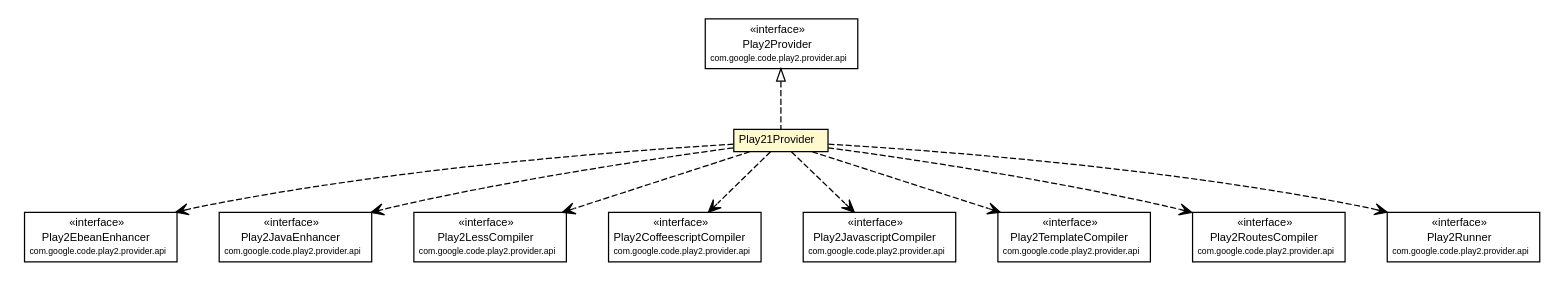
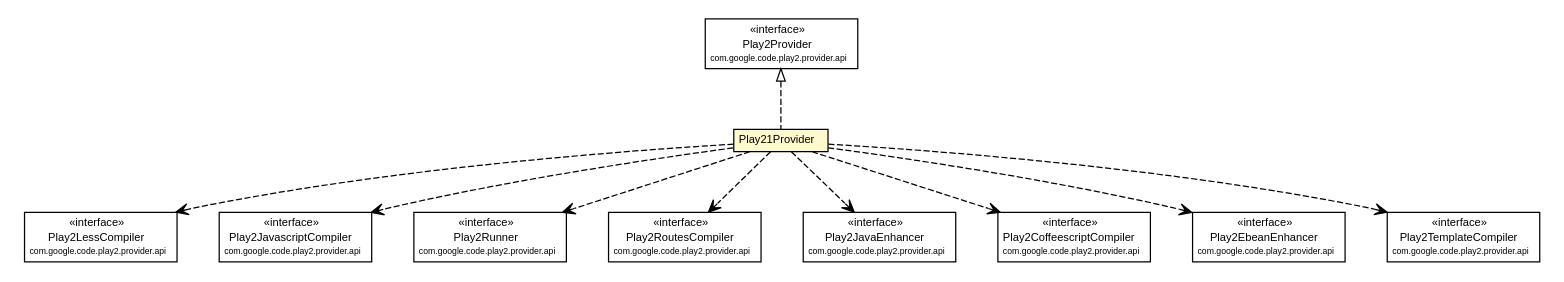
Before and after one commit to play2-maven-plugin/play2-maven-plugin.github.io: the diagram in play2-maven-plugin/1.0.0-beta4-SNAPSHOT/play2-providers/play2-provider-play21/apidocs/com/google/code/play2/provider/play21/Play21Provider.dot, drawn with Graphviz. The commit also changed 158 other files, not shown here.

```diff
--- a/play2-maven-plugin/1.0.0-beta4-SNAPSHOT/play2-providers/play2-provider-play21/apidocs/com/google/code/play2/provider/play21/Play21Provider.dot
+++ b/play2-maven-plugin/1.0.0-beta4-SNAPSHOT/play2-providers/play2-provider-play21/apidocs/com/google/code/play2/provider/play21/Play21Provider.dot
@@ -1,108 +1,108 @@
 #!/usr/local/bin/dot
 #
 # Class diagram 
 # Generated by UMLGraph version R5_6-24-gf6e263 (http://www.umlgraph.org/)
 #
 
 digraph G {
 	edge [fontname="arial",fontsize=10,labelfontname="arial",labelfontsize=10];
 	node [fontname="arial",fontsize=10,shape=plaintext];
 	nodesep=0.25;
 	ranksep=0.5;
 	// com.google.code.play2.provider.play21.Play21Provider
 	c184 [label=<<table title="com.google.code.play2.provider.play21.Play21Provider" border="0" cellborder="1" cellspacing="0" cellpadding="2" port="p" bgcolor="lemonChiffon" href="./Play21Provider.html">
 		<tr><td><table border="0" cellspacing="0" cellpadding="1">
 <tr><td align="center" balign="center"> Play21Provider </td></tr>
 		</table></td></tr>
 		</table>>, URL="./Play21Provider.html", fontname="arial", fontcolor="black", fontsize=9.0];
 	//com.google.code.play2.provider.play21.Play21Provider implements com.google.code.play2.provider.api.Play2Provider
 	c193:p -> c184:p [dir=back,arrowtail=empty,style=dashed];
+	// com.google.code.play2.provider.play21.Play21Provider DEPEND com.google.code.play2.provider.api.Play2LessCompiler
+	c184:p -> c194:p [taillabel="", label="", headlabel="", fontname="arial", fontcolor="black", fontsize=10.0, color="black", arrowhead=open, style=dashed];
+	// com.google.code.play2.provider.play21.Play21Provider DEPEND com.google.code.play2.provider.api.Play2JavascriptCompiler
+	c184:p -> c195:p [taillabel="", label="", headlabel="", fontname="arial", fontcolor="black", fontsize=10.0, color="black", arrowhead=open, style=dashed];
+	// com.google.code.play2.provider.play21.Play21Provider DEPEND com.google.code.play2.provider.api.Play2Runner
+	c184:p -> c196:p [taillabel="", label="", headlabel="", fontname="arial", fontcolor="black", fontsize=10.0, color="black", arrowhead=open, style=dashed];
+	// com.google.code.play2.provider.play21.Play21Provider DEPEND com.google.code.play2.provider.api.Play2RoutesCompiler
+	c184:p -> c197:p [taillabel="", label="", headlabel="", fontname="arial", fontcolor="black", fontsize=10.0, color="black", arrowhead=open, style=dashed];
+	// com.google.code.play2.provider.play21.Play21Provider DEPEND com.google.code.play2.provider.api.Play2JavaEnhancer
+	c184:p -> c198:p [taillabel="", label="", headlabel="", fontname="arial", fontcolor="black", fontsize=10.0, color="black", arrowhead=open, style=dashed];
+	// com.google.code.play2.provider.play21.Play21Provider DEPEND com.google.code.play2.provider.api.Play2CoffeescriptCompiler
+	c184:p -> c199:p [taillabel="", label="", headlabel="", fontname="arial", fontcolor="black", fontsize=10.0, color="black", arrowhead=open, style=dashed];
 	// com.google.code.play2.provider.play21.Play21Provider DEPEND com.google.code.play2.provider.api.Play2EbeanEnhancer
-	c184:p -> c194:p [taillabel="", label="", headlabel="", fontname="arial", fontcolor="black", fontsize=10.0, color="black", arrowhead=open, style=dashed];
-	// com.google.code.play2.provider.play21.Play21Provider DEPEND com.google.code.play2.provider.api.Play2JavaEnhancer
-	c184:p -> c195:p [taillabel="", label="", headlabel="", fontname="arial", fontcolor="black", fontsize=10.0, color="black", arrowhead=open, style=dashed];
-	// com.google.code.play2.provider.play21.Play21Provider DEPEND com.google.code.play2.provider.api.Play2LessCompiler
-	c184:p -> c196:p [taillabel="", label="", headlabel="", fontname="arial", fontcolor="black", fontsize=10.0, color="black", arrowhead=open, style=dashed];
-	// com.google.code.play2.provider.play21.Play21Provider DEPEND com.google.code.play2.provider.api.Play2CoffeescriptCompiler
-	c184:p -> c197:p [taillabel="", label="", headlabel="", fontname="arial", fontcolor="black", fontsize=10.0, color="black", arrowhead=open, style=dashed];
-	// com.google.code.play2.provider.play21.Play21Provider DEPEND com.google.code.play2.provider.api.Play2JavascriptCompiler
-	c184:p -> c198:p [taillabel="", label="", headlabel="", fontname="arial", fontcolor="black", fontsize=10.0, color="black", arrowhead=open, style=dashed];
+	c184:p -> c200:p [taillabel="", label="", headlabel="", fontname="arial", fontcolor="black", fontsize=10.0, color="black", arrowhead=open, style=dashed];
 	// com.google.code.play2.provider.play21.Play21Provider DEPEND com.google.code.play2.provider.api.Play2TemplateCompiler
-	c184:p -> c199:p [taillabel="", label="", headlabel="", fontname="arial", fontcolor="black", fontsize=10.0, color="black", arrowhead=open, style=dashed];
-	// com.google.code.play2.provider.play21.Play21Provider DEPEND com.google.code.play2.provider.api.Play2RoutesCompiler
-	c184:p -> c200:p [taillabel="", label="", headlabel="", fontname="arial", fontcolor="black", fontsize=10.0, color="black", arrowhead=open, style=dashed];
-	// com.google.code.play2.provider.play21.Play21Provider DEPEND com.google.code.play2.provider.api.Play2Runner
 	c184:p -> c201:p [taillabel="", label="", headlabel="", fontname="arial", fontcolor="black", fontsize=10.0, color="black", arrowhead=open, style=dashed];
 	// com.google.code.play2.provider.api.Play2Provider
 	c193 [label=<<table title="com.google.code.play2.provider.api.Play2Provider" border="0" cellborder="1" cellspacing="0" cellpadding="2" port="p">
 		<tr><td><table border="0" cellspacing="0" cellpadding="1">
 <tr><td align="center" balign="center"> &#171;interface&#187; </td></tr>
 <tr><td align="center" balign="center"> Play2Provider </td></tr>
 <tr><td align="center" balign="center"><font point-size="7.0"> com.google.code.play2.provider.api </font></td></tr>
 		</table></td></tr>
 		</table>>, URL="null", fontname="arial", fontcolor="black", fontsize=9.0];
 	// com.google.code.play2.provider.api.Play2RoutesCompiler
-	c200 [label=<<table title="com.google.code.play2.provider.api.Play2RoutesCompiler" border="0" cellborder="1" cellspacing="0" cellpadding="2" port="p">
+	c197 [label=<<table title="com.google.code.play2.provider.api.Play2RoutesCompiler" border="0" cellborder="1" cellspacing="0" cellpadding="2" port="p">
 		<tr><td><table border="0" cellspacing="0" cellpadding="1">
 <tr><td align="center" balign="center"> &#171;interface&#187; </td></tr>
 <tr><td align="center" balign="center"> Play2RoutesCompiler </td></tr>
 <tr><td align="center" balign="center"><font point-size="7.0"> com.google.code.play2.provider.api </font></td></tr>
 		</table></td></tr>
 		</table>>, URL="null", fontname="arial", fontcolor="black", fontsize=9.0];
 	// com.google.code.play2.provider.api.Play2LessCompiler
-	c196 [label=<<table title="com.google.code.play2.provider.api.Play2LessCompiler" border="0" cellborder="1" cellspacing="0" cellpadding="2" port="p">
+	c194 [label=<<table title="com.google.code.play2.provider.api.Play2LessCompiler" border="0" cellborder="1" cellspacing="0" cellpadding="2" port="p">
 		<tr><td><table border="0" cellspacing="0" cellpadding="1">
 <tr><td align="center" balign="center"> &#171;interface&#187; </td></tr>
 <tr><td align="center" balign="center"> Play2LessCompiler </td></tr>
 <tr><td align="center" balign="center"><font point-size="7.0"> com.google.code.play2.provider.api </font></td></tr>
 		</table></td></tr>
 		</table>>, URL="null", fontname="arial", fontcolor="black", fontsize=9.0];
 	// com.google.code.play2.provider.api.Play2TemplateCompiler
-	c199 [label=<<table title="com.google.code.play2.provider.api.Play2TemplateCompiler" border="0" cellborder="1" cellspacing="0" cellpadding="2" port="p">
+	c201 [label=<<table title="com.google.code.play2.provider.api.Play2TemplateCompiler" border="0" cellborder="1" cellspacing="0" cellpadding="2" port="p">
 		<tr><td><table border="0" cellspacing="0" cellpadding="1">
 <tr><td align="center" balign="center"> &#171;interface&#187; </td></tr>
 <tr><td align="center" balign="center"> Play2TemplateCompiler </td></tr>
 <tr><td align="center" balign="center"><font point-size="7.0"> com.google.code.play2.provider.api </font></td></tr>
 		</table></td></tr>
 		</table>>, URL="null", fontname="arial", fontcolor="black", fontsize=9.0];
 	// com.google.code.play2.provider.api.Play2CoffeescriptCompiler
-	c197 [label=<<table title="com.google.code.play2.provider.api.Play2CoffeescriptCompiler" border="0" cellborder="1" cellspacing="0" cellpadding="2" port="p">
+	c199 [label=<<table title="com.google.code.play2.provider.api.Play2CoffeescriptCompiler" border="0" cellborder="1" cellspacing="0" cellpadding="2" port="p">
 		<tr><td><table border="0" cellspacing="0" cellpadding="1">
 <tr><td align="center" balign="center"> &#171;interface&#187; </td></tr>
 <tr><td align="center" balign="center"> Play2CoffeescriptCompiler </td></tr>
 <tr><td align="center" balign="center"><font point-size="7.0"> com.google.code.play2.provider.api </font></td></tr>
 		</table></td></tr>
 		</table>>, URL="null", fontname="arial", fontcolor="black", fontsize=9.0];
 	// com.google.code.play2.provider.api.Play2EbeanEnhancer
-	c194 [label=<<table title="com.google.code.play2.provider.api.Play2EbeanEnhancer" border="0" cellborder="1" cellspacing="0" cellpadding="2" port="p">
+	c200 [label=<<table title="com.google.code.play2.provider.api.Play2EbeanEnhancer" border="0" cellborder="1" cellspacing="0" cellpadding="2" port="p">
 		<tr><td><table border="0" cellspacing="0" cellpadding="1">
 <tr><td align="center" balign="center"> &#171;interface&#187; </td></tr>
 <tr><td align="center" balign="center"> Play2EbeanEnhancer </td></tr>
 <tr><td align="center" balign="center"><font point-size="7.0"> com.google.code.play2.provider.api </font></td></tr>
 		</table></td></tr>
 		</table>>, URL="null", fontname="arial", fontcolor="black", fontsize=9.0];
 	// com.google.code.play2.provider.api.Play2JavascriptCompiler
-	c198 [label=<<table title="com.google.code.play2.provider.api.Play2JavascriptCompiler" border="0" cellborder="1" cellspacing="0" cellpadding="2" port="p">
+	c195 [label=<<table title="com.google.code.play2.provider.api.Play2JavascriptCompiler" border="0" cellborder="1" cellspacing="0" cellpadding="2" port="p">
 		<tr><td><table border="0" cellspacing="0" cellpadding="1">
 <tr><td align="center" balign="center"> &#171;interface&#187; </td></tr>
 <tr><td align="center" balign="center"> Play2JavascriptCompiler </td></tr>
 <tr><td align="center" balign="center"><font point-size="7.0"> com.google.code.play2.provider.api </font></td></tr>
 		</table></td></tr>
 		</table>>, URL="null", fontname="arial", fontcolor="black", fontsize=9.0];
 	// com.google.code.play2.provider.api.Play2JavaEnhancer
-	c195 [label=<<table title="com.google.code.play2.provider.api.Play2JavaEnhancer" border="0" cellborder="1" cellspacing="0" cellpadding="2" port="p">
+	c198 [label=<<table title="com.google.code.play2.provider.api.Play2JavaEnhancer" border="0" cellborder="1" cellspacing="0" cellpadding="2" port="p">
 		<tr><td><table border="0" cellspacing="0" cellpadding="1">
 <tr><td align="center" balign="center"> &#171;interface&#187; </td></tr>
 <tr><td align="center" balign="center"> Play2JavaEnhancer </td></tr>
 <tr><td align="center" balign="center"><font point-size="7.0"> com.google.code.play2.provider.api </font></td></tr>
 		</table></td></tr>
 		</table>>, URL="null", fontname="arial", fontcolor="black", fontsize=9.0];
 	// com.google.code.play2.provider.api.Play2Runner
-	c201 [label=<<table title="com.google.code.play2.provider.api.Play2Runner" border="0" cellborder="1" cellspacing="0" cellpadding="2" port="p">
+	c196 [label=<<table title="com.google.code.play2.provider.api.Play2Runner" border="0" cellborder="1" cellspacing="0" cellpadding="2" port="p">
 		<tr><td><table border="0" cellspacing="0" cellpadding="1">
 <tr><td align="center" balign="center"> &#171;interface&#187; </td></tr>
 <tr><td align="center" balign="center"> Play2Runner </td></tr>
 <tr><td align="center" balign="center"><font point-size="7.0"> com.google.code.play2.provider.api </font></td></tr>
 		</table></td></tr>
 		</table>>, URL="null", fontname="arial", fontcolor="black", fontsize=9.0];
 }
```
